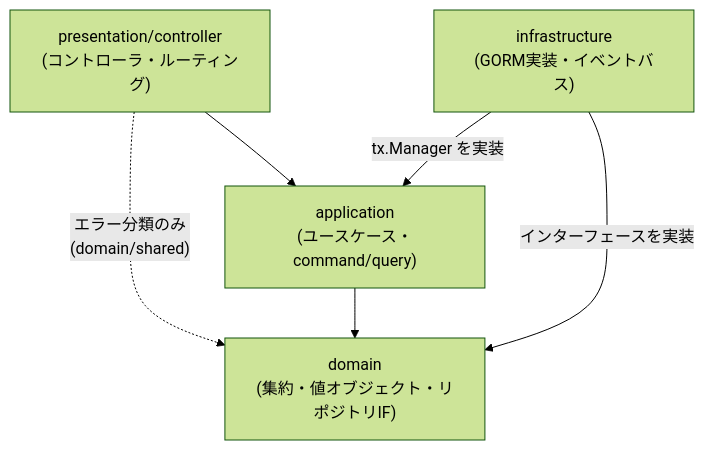
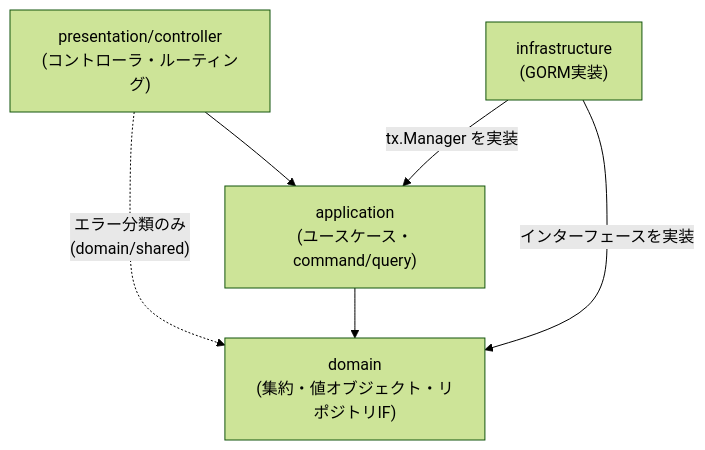
One commit to almondoo/golang-ddd-sample changed the first of 3 diagrams in docs/execution-flow.md. Above: the diagram before and after it, drawn with Mermaid (forest theme). The commit also changed other lines of this file and 138 other files, not shown here.

````diff
--- a/docs/execution-flow.md
+++ b/docs/execution-flow.md
@@ -9,13 +9,13 @@
 ```mermaid
 flowchart TD
     P["presentation/controller<br>(コントローラ・ルーティング)"]
     A["application<br>(ユースケース・command/query)"]
     D["domain<br>(集約・値オブジェクト・リポジトリIF)"]
-    I["infrastructure<br>(GORM実装・イベントバス)"]
+    I["infrastructure<br>(GORM実装)"]
 
     P --> A
     P -. "エラー分類のみ<br>(domain/shared)" .-> D
     A --> D
     I -- "インターフェースを実装" --> D
     I -- "tx.Manager を実装" --> A
 ```
````
